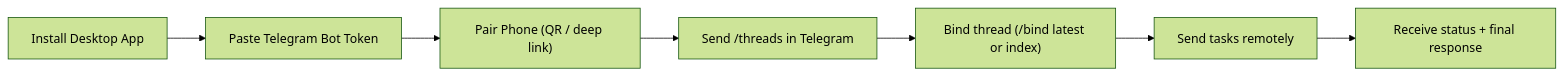
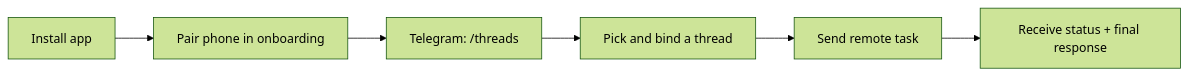
The first of 2 diagrams in README.md (tonyHu08/CodeX_Telegram), drawn with Mermaid (forest theme) before and after one commit. The commit also changed other lines of this file and 21 other files, not shown here.

````diff
--- a/README.md
+++ b/README.md
@@ -33,9 +53,8 @@
 ```mermaid
 flowchart LR
-    A["Install Desktop App"] --> B["Paste Telegram Bot Token"]
-    B --> C["Pair Phone (QR / deep link)"]
-    C --> D["Send /threads in Telegram"]
-    D --> E["Bind thread (/bind latest or index)"]
-    E --> F["Send tasks remotely"]
-    F --> G["Receive status + final response"]
+    A["Install app"] --> B["Pair phone in onboarding"]
+    B --> C["Telegram: /threads"]
+    C --> D["Pick and bind a thread"]
+    D --> E["Send remote task"]
+    E --> F["Receive status + final response"]
 ```
````
